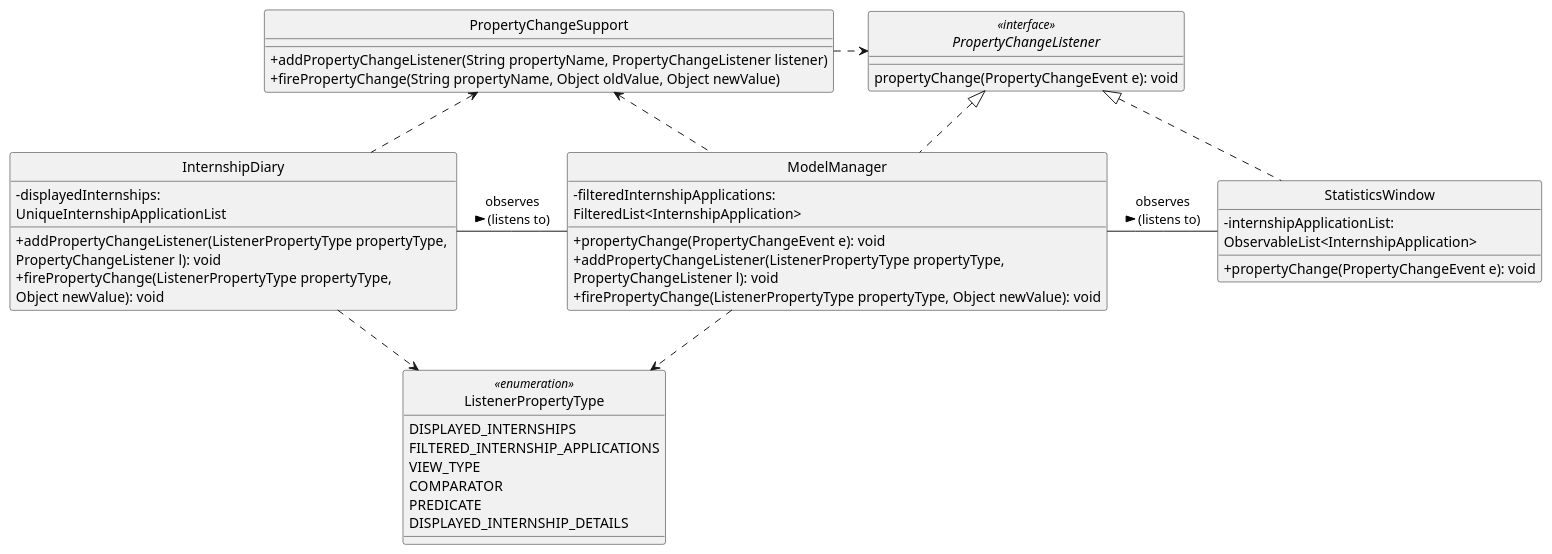
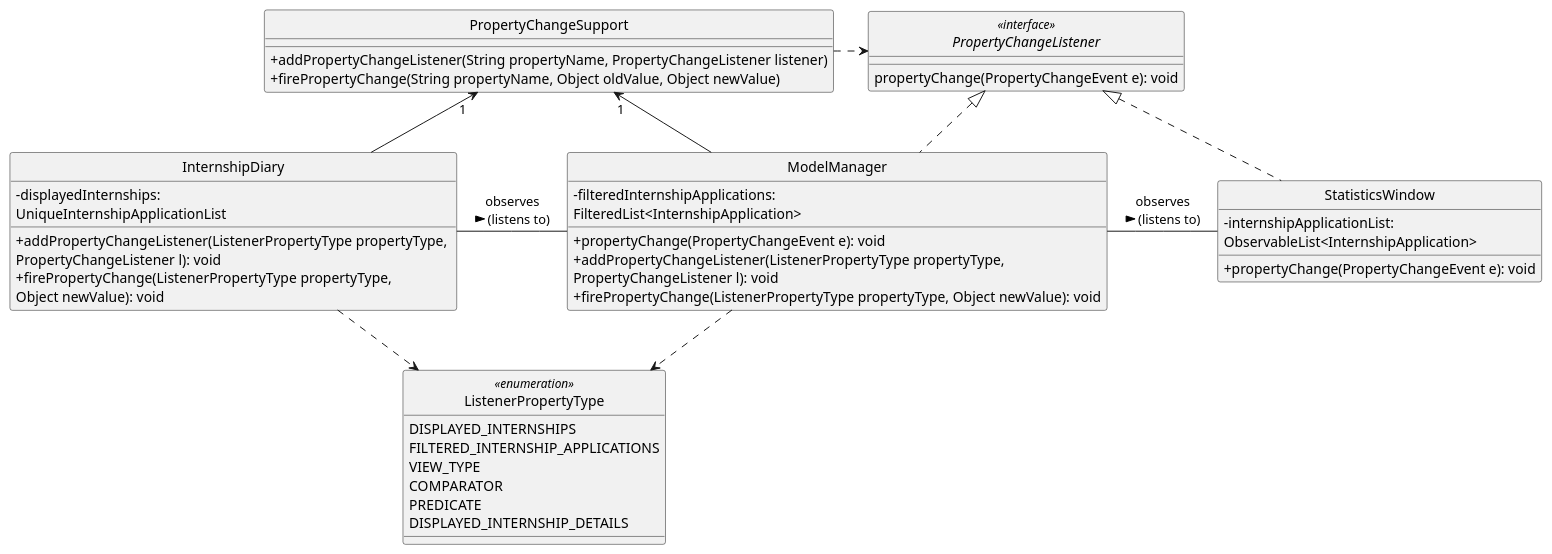
One commit to wxwxwxwx9/main changed the diagram in docs/diagrams/InternshipDiaryAndModelManagerPropertyChangeEnumClassDiagram.puml. Above: the diagram before and after it, drawn with PlantUML. The commit also changed 8 other files, not shown here.

```diff
--- a/docs/diagrams/InternshipDiaryAndModelManagerPropertyChangeEnumClassDiagram.puml
+++ b/docs/diagrams/InternshipDiaryAndModelManagerPropertyChangeEnumClassDiagram.puml
@@ -1,67 +1,67 @@
 @startuml
 
 hide circle
 skinparam classAttributeIconSize 0
 
 Class InternshipDiary {
     - displayedInternships: \nUniqueInternshipApplicationList
     + addPropertyChangeListener(ListenerPropertyType propertyType, \nPropertyChangeListener l): void
     + firePropertyChange(ListenerPropertyType propertyType, \nObject newValue): void
 }
 
 Class ModelManager implements PropertyChangeListener {
     - filteredInternshipApplications: \nFilteredList<InternshipApplication>
     + propertyChange(PropertyChangeEvent e): void
     + addPropertyChangeListener(ListenerPropertyType propertyType, \nPropertyChangeListener l): void
     + firePropertyChange(ListenerPropertyType propertyType, Object newValue): void
 '    - refreshFilteredInternshipApplications(Object newInternshipApplications)
 '    - fireAllPropertyChanges(): void
 }
 
 Class StatisticsWindow implements PropertyChangeListener {
     - internshipApplicationList: \nObservableList<InternshipApplication>
     + propertyChange(PropertyChangeEvent e): void
 }
 
 interface PropertyChangeListener <<interface>> {
     propertyChange(PropertyChangeEvent e): void
 }
 
 class PropertyChangeSupport {
     + addPropertyChangeListener(String propertyName, PropertyChangeListener listener)
     + firePropertyChange(String propertyName, Object oldValue, Object newValue)
 }
 
-InternshipDiary .up.> PropertyChangeSupport
-ModelManager .up.> PropertyChangeSupport
+InternshipDiary -up-> "1" PropertyChangeSupport
+ModelManager -up-> "1" PropertyChangeSupport
 
 PropertyChangeSupport .right.> PropertyChangeListener
 
 enum ListenerPropertyType <<enumeration>> {
     DISPLAYED_INTERNSHIPS
     FILTERED_INTERNSHIP_APPLICATIONS
     VIEW_TYPE
     COMPARATOR
     PREDICATE
     DISPLAYED_INTERNSHIP_DETAILS
 }
 
 InternshipDiary ..> ListenerPropertyType
 ModelManager ..> ListenerPropertyType
 
 StatisticsWindow -left- ModelManager: observes\n (listens to) >
 
 ModelManager -left- InternshipDiary: observes\n (listens to) >
 
 '        logic.addPropertyChangeListener(FILTERED_INTERNSHIP_APPLICATIONS, internshipApplicationListPanel);
 '        logic.addPropertyChangeListener(FILTERED_INTERNSHIP_APPLICATIONS, statisticsWindow);
 '        logic.addPropertyChangeListener(FILTERED_INTERNSHIP_APPLICATIONS, statisticsBarFooter);
 '        logic.addPropertyChangeListener(COMPARATOR, comparatorDisplayFooter);
 '        logic.addPropertyChangeListener(PREDICATE, predicateDisplayFooter);
 '        logic.addPropertyChangeListener(PREDICATE, internshipApplicationDetailSetter);
 '        logic.addPropertyChangeListener(VIEW_TYPE, viewDisplayFooter);
 '        logic.addPropertyChangeListener(DISPLAYED_INTERNSHIP_DETAIL, internshipApplicationDetailSetter);
 
 
 
 @enduml
```
